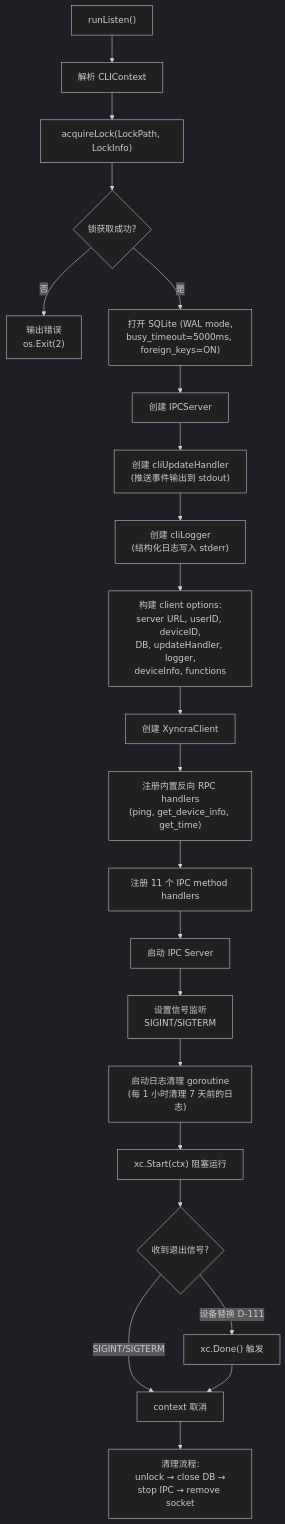
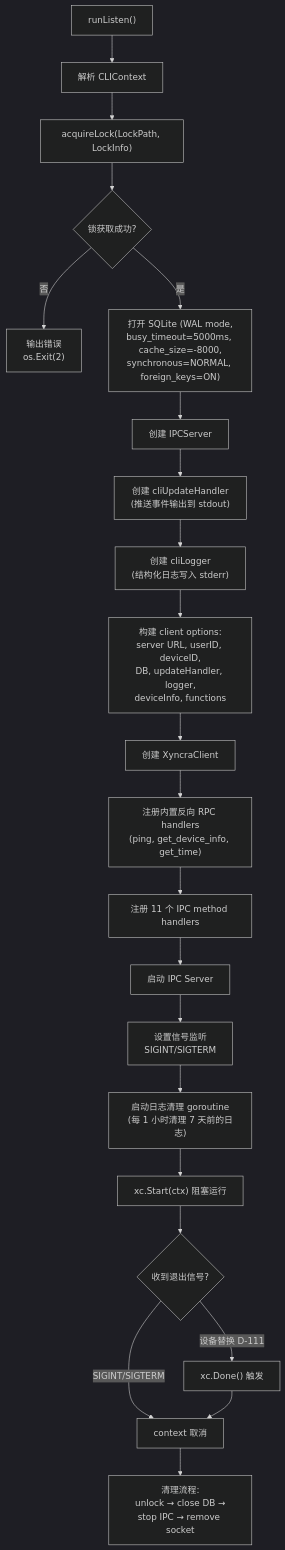
One commit to PineappleBond/xyncra-server changed the third of 16 diagrams in wiki/flows/cli-ipc.md. Above: the diagram before and after it, drawn with Mermaid (dark theme). The commit also changed other lines of this file and 21 other files, not shown here.

````diff
--- a/wiki/flows/cli-ipc.md
+++ b/wiki/flows/cli-ipc.md
@@ -175,24 +177,24 @@
 ```mermaid
 flowchart TD
     A["runListen()"] --> B["解析 CLIContext"]
     B --> C["acquireLock(LockPath, LockInfo)"]
     C --> D{"锁获取成功?"}
     D -->|否| E["输出错误<br>os.Exit(2)"]
-    D -->|是| F["打开 SQLite (WAL mode,<br>busy_timeout=5000ms, foreign_keys=ON)"]
+    D -->|是| F["打开 SQLite (WAL mode,<br>busy_timeout=5000ms, cache_size=-8000,<br>synchronous=NORMAL, foreign_keys=ON)"]
     F --> G["创建 IPCServer"]
     G --> H["创建 cliUpdateHandler<br>(推送事件输出到 stdout)"]
     H --> I["创建 cliLogger<br>(结构化日志写入 stderr)"]
     I --> J["构建 client options:<br>server URL, userID, deviceID,<br>DB, updateHandler, logger,<br>deviceInfo, functions"]
     J --> K["创建 XyncraClient"]
     K --> L["注册内置反向 RPC handlers<br>(ping, get_device_info, get_time)"]
     L --> M["注册 11 个 IPC method handlers"]
     M --> N["启动 IPC Server"]
     N --> O["设置信号监听<br>SIGINT/SIGTERM"]
     O --> P["启动日志清理 goroutine<br>(每 1 小时清理 7 天前的日志)"]
     P --> Q["xc.Start(ctx) 阻塞运行"]
     Q --> R{"收到退出信号?"}
     R -->|SIGINT/SIGTERM| S["context 取消"]
     R -->|设备替换 D-111| T["xc.Done() 触发"]
     T --> S
     S --> U["清理流程:<br>unlock → close DB →<br>stop IPC → remove socket"]
 ```
````
